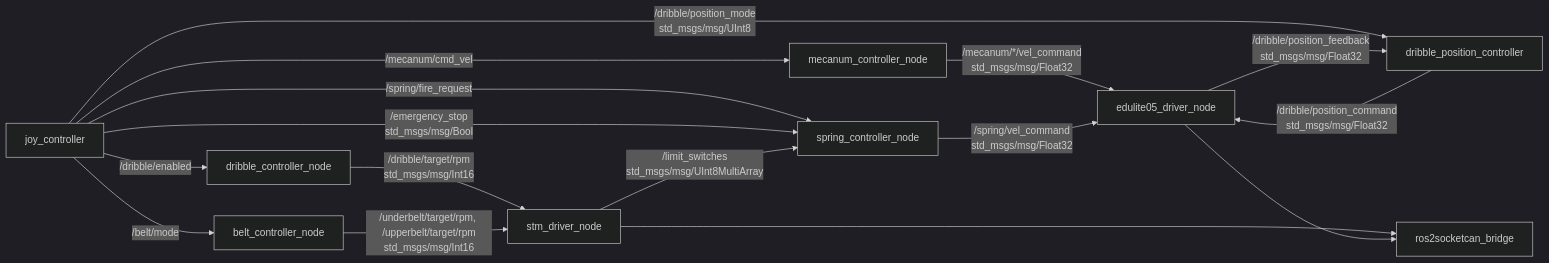
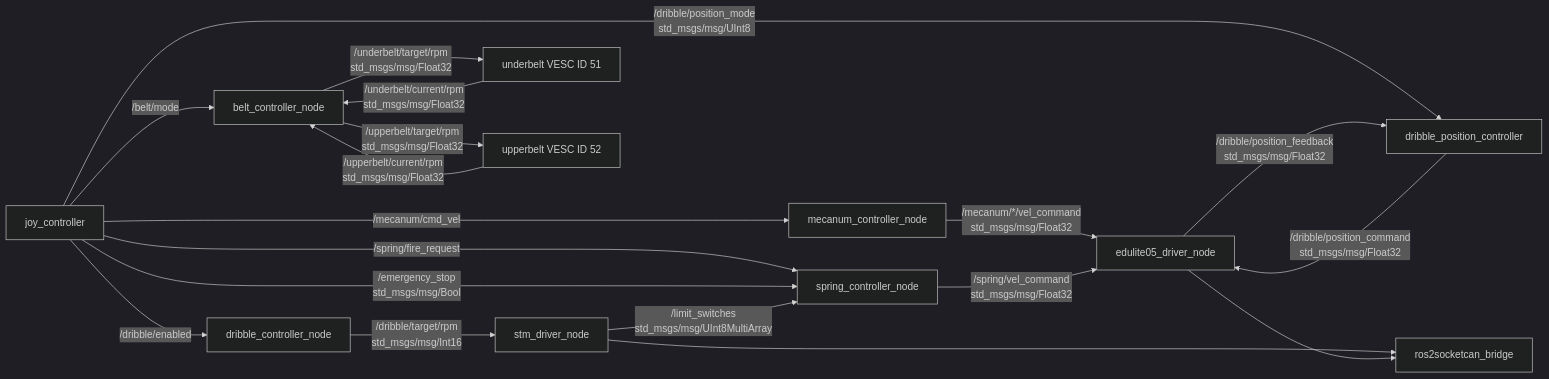
Before and after one commit to rodep-soft/rox2026: the diagram in ros2_ws/src/robot_controller/README.md, drawn with Mermaid (dark theme). The commit also changed other lines of this file and 7 other files, not shown here.

````diff
--- a/ros2_ws/src/robot_controller/README.md
+++ b/ros2_ws/src/robot_controller/README.md
@@ -7,30 +7,35 @@
 ```mermaid
 flowchart LR
   joy[joy_controller]
   mecanum[mecanum_controller_node]
   spring[spring_controller_node]
   dribble[dribble_controller_node]
   position[dribble_position_controller]
   belt[belt_controller_node]
   stm_driver[stm_driver_node]
+  under_vesc[underbelt VESC ID 51]
+  upper_vesc[upperbelt VESC ID 52]
   edulite_driver[edulite05_driver_node]
   bridge[ros2socketcan_bridge]
 
   joy -->|/mecanum/cmd_vel| mecanum
   joy -->|/spring/fire_request| spring
   joy -->|/dribble/enabled| dribble
   joy -->|/belt/mode| belt
   joy -->|/dribble/position_mode\nstd_msgs/msg/UInt8| position
   joy -->|/emergency_stop\nstd_msgs/msg/Bool| spring
 
   mecanum -->|/mecanum/*/vel_command\nstd_msgs/msg/Float32| edulite_driver
   spring -->|/spring/vel_command\nstd_msgs/msg/Float32| edulite_driver
   dribble -->|/dribble/target/rpm\nstd_msgs/msg/Int16| stm_driver
-  belt -->|/underbelt/target/rpm, /upperbelt/target/rpm\nstd_msgs/msg/Int16| stm_driver
+  belt -->|/underbelt/target/rpm\nstd_msgs/msg/Float32| under_vesc
+  belt -->|/upperbelt/target/rpm\nstd_msgs/msg/Float32| upper_vesc
+  under_vesc -->|/underbelt/current/rpm\nstd_msgs/msg/Float32| belt
+  upper_vesc -->|/upperbelt/current/rpm\nstd_msgs/msg/Float32| belt
   position -->|/dribble/position_command\nstd_msgs/msg/Float32| edulite_driver
   edulite_driver -->|/dribble/position_feedback\nstd_msgs/msg/Float32| position
   stm_driver -->|/limit_switches\nstd_msgs/msg/UInt8MultiArray| spring
 
   stm_driver --> bridge
   edulite_driver --> bridge
 ```
````
